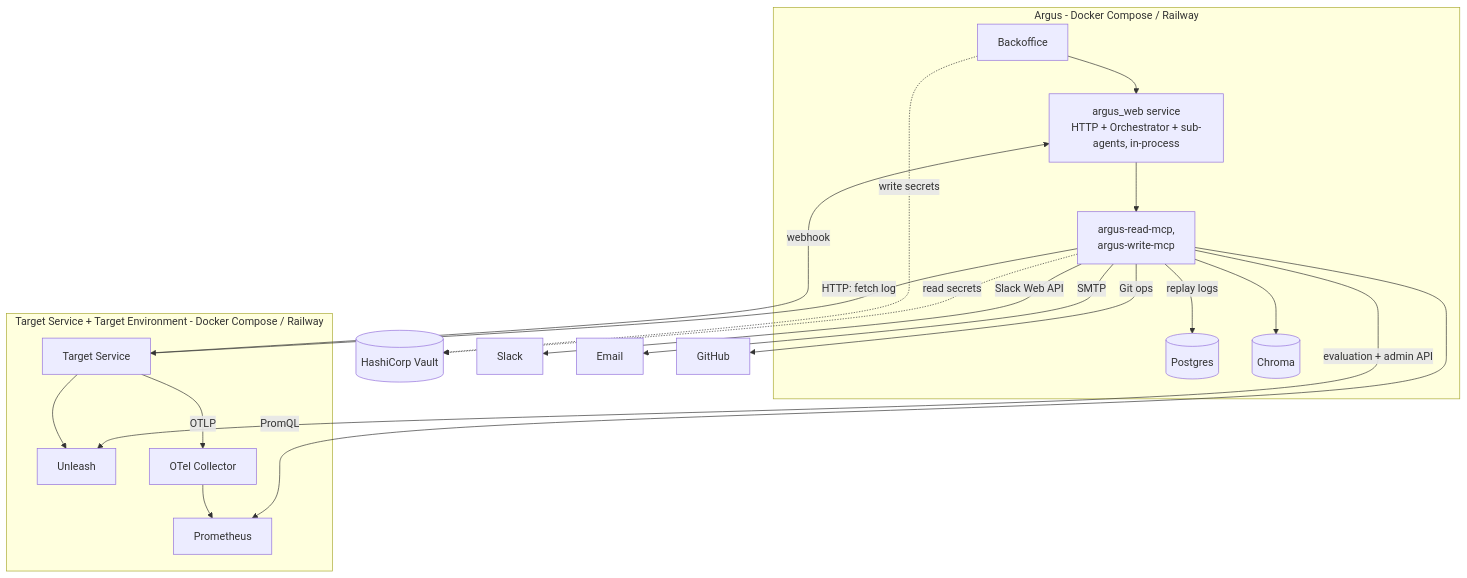
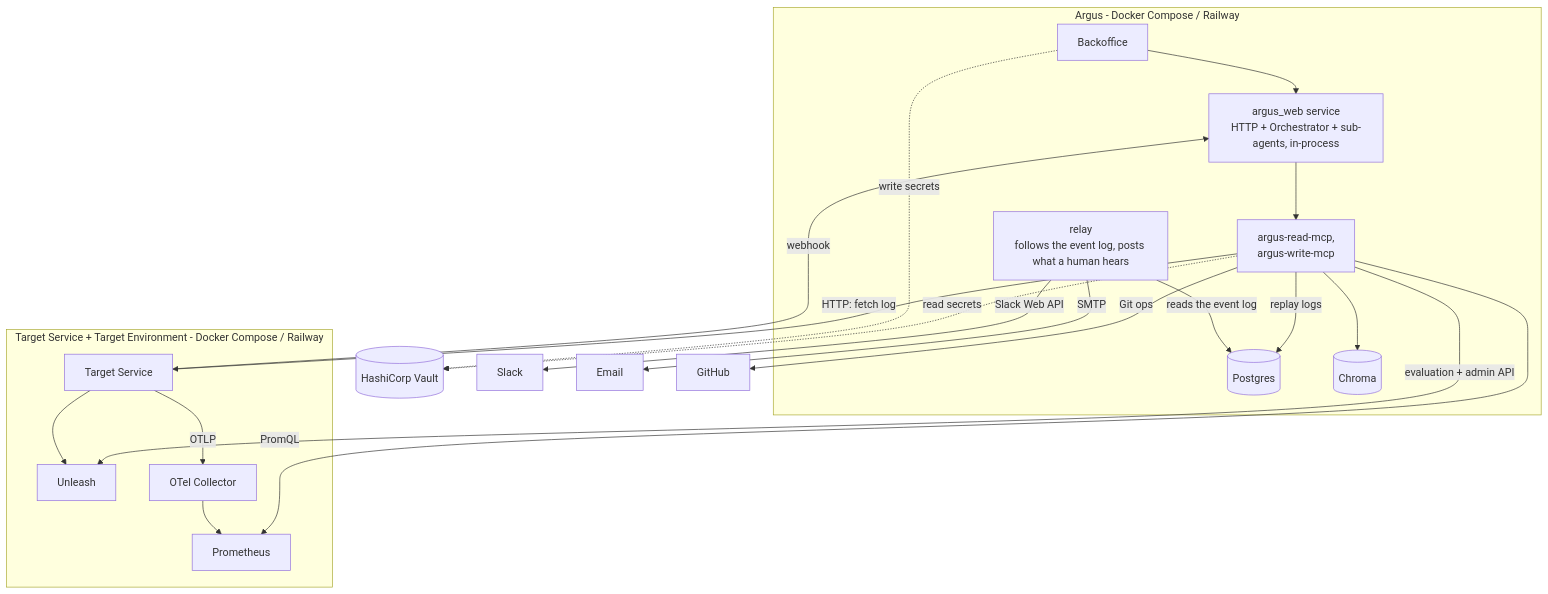
Before and after one commit to ohadraz/Argus: the fifth of 5 diagrams in docs/spec-and-architecture.md, drawn with Mermaid. The commit also changed other lines of this file and 124 other files, not shown here.

````diff
--- a/docs/spec-and-architecture.md
+++ b/docs/spec-and-architecture.md
@@ -693,33 +718,35 @@
 ```mermaid
 flowchart TB
     subgraph ArgusDeploy["Argus - Docker Compose / Railway"]
         WEB[argus_web service<br/>HTTP + Orchestrator + sub-agents, in-process]
         MCPS[argus-read-mcp,<br/>argus-write-mcp]
+        RELAY[relay<br/>follows the event log, posts what a human hears]
         PG[(Postgres)]
         CHROMA[(Chroma)]
         BO[Backoffice]
     end
     subgraph TargetDeploy["Target Service + Target Environment - Docker Compose / Railway"]
         TS[Target Service]
         UNLEASH[Unleash]
         OTELCOL[OTel Collector]
         PROM[Prometheus]
     end
     VAULT[(HashiCorp Vault)]
 
     TS -->|webhook| WEB
     WEB --> MCPS
     MCPS -->|replay logs| PG
     MCPS --> CHROMA
     MCPS -->|evaluation + admin API| UNLEASH
     MCPS -->|PromQL| PROM
     MCPS -->|HTTP: fetch log| TS
-    MCPS -->|Slack Web API| ExternalSlack[Slack]
-    MCPS -->|SMTP| ExternalMail[Email]
+    RELAY -->|reads the event log| PG
+    RELAY -->|Slack Web API| ExternalSlack[Slack]
+    RELAY -->|SMTP| ExternalMail[Email]
     MCPS -->|Git ops| ExternalGH[GitHub]
     MCPS -.->|read secrets| VAULT
     BO -.->|write secrets| VAULT
     TS --> UNLEASH
     TS -->|OTLP| OTELCOL --> PROM
     BO --> WEB
 ```
````
